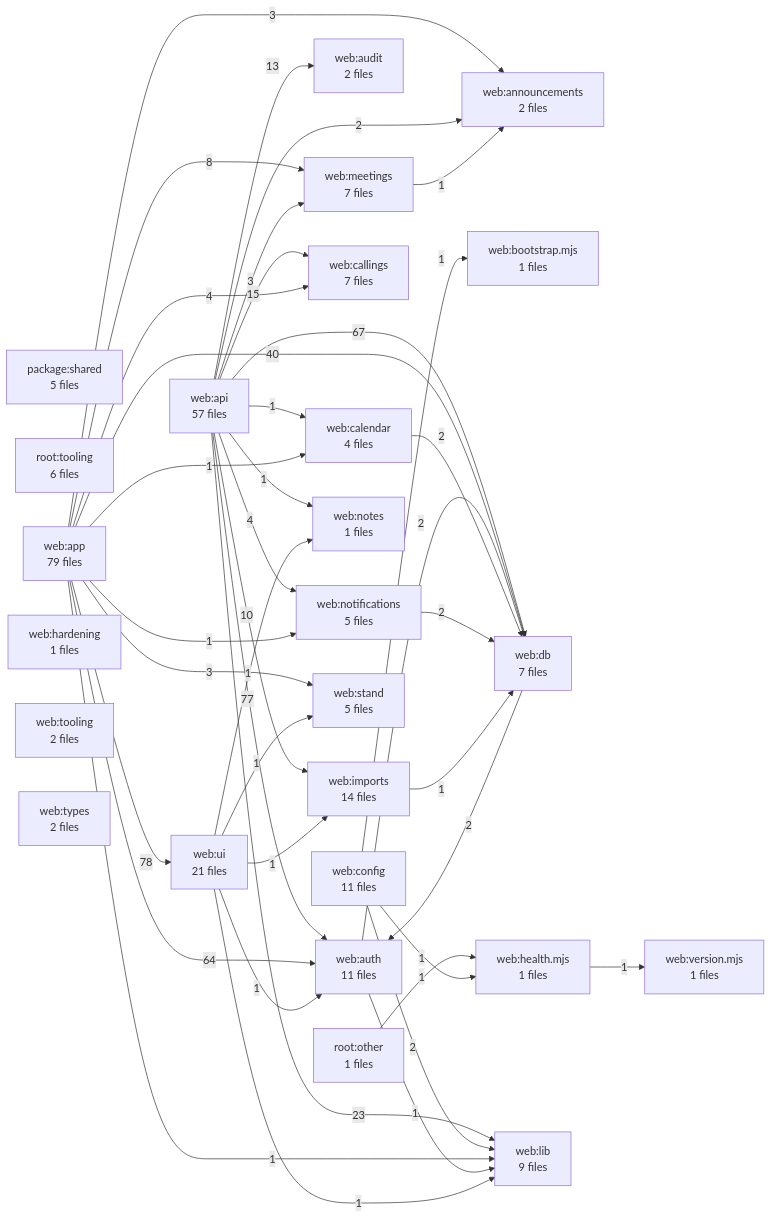
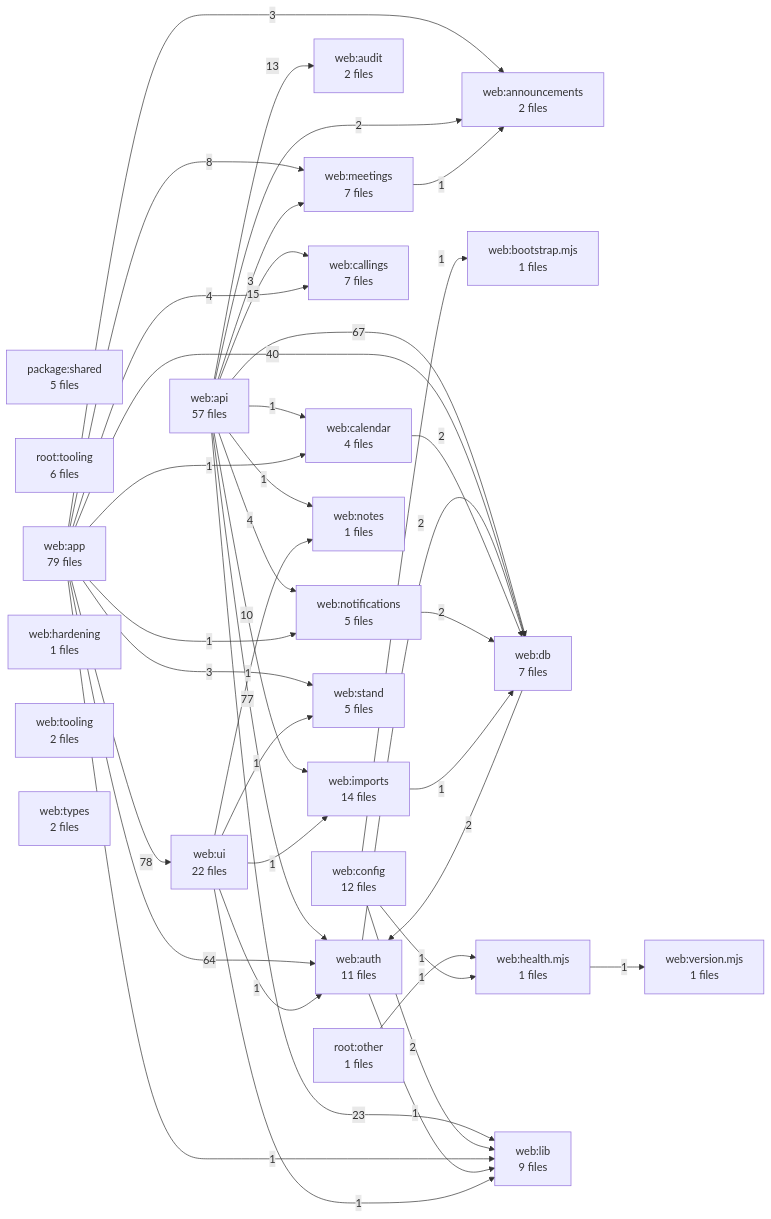
Before and after one commit to kalebhall/the-stand: the diagram in docs/DEPENDENCY_GRAPH.md, drawn with Mermaid. The commit also changed other lines of this file and 6 other files, not shown here.

````diff
--- a/docs/DEPENDENCY_GRAPH.md
+++ b/docs/DEPENDENCY_GRAPH.md
@@ -11,66 +11,66 @@
 ```mermaid
 flowchart LR
   A1["package:shared<br/>5 files"]
   A2["root:other<br/>1 files"]
   A3["root:tooling<br/>6 files"]
   A4["web:announcements<br/>2 files"]
   A5["web:api<br/>57 files"]
   A6["web:app<br/>79 files"]
   A7["web:audit<br/>2 files"]
   A8["web:auth<br/>11 files"]
   A9["web:bootstrap.mjs<br/>1 files"]
   A10["web:calendar<br/>4 files"]
   A11["web:callings<br/>7 files"]
-  A12["web:config<br/>11 files"]
+  A12["web:config<br/>12 files"]
   A13["web:db<br/>7 files"]
   A14["web:hardening<br/>1 files"]
   A15["web:health.mjs<br/>1 files"]
   A16["web:imports<br/>14 files"]
   A17["web:lib<br/>9 files"]
   A18["web:meetings<br/>7 files"]
   A19["web:notes<br/>1 files"]
   A20["web:notifications<br/>5 files"]
   A21["web:stand<br/>5 files"]
   A22["web:tooling<br/>2 files"]
   A23["web:types<br/>2 files"]
-  A24["web:ui<br/>21 files"]
+  A24["web:ui<br/>22 files"]
   A25["web:version.mjs<br/>1 files"]
   A6 -->|78| A24
   A5 -->|77| A8
   A5 -->|67| A13
   A6 -->|64| A8
   A6 -->|40| A13
   A5 -->|23| A17
   A5 -->|15| A11
   A5 -->|13| A7
   A5 -->|10| A16
   A6 -->|8| A18
   A5 -->|4| A20
   A6 -->|4| A11
   A5 -->|3| A18
   A6 -->|3| A4
   A6 -->|3| A21
   A5 -->|2| A4
   A8 -->|2| A13
   A10 -->|2| A13
   A12 -->|2| A17
   A13 -->|2| A8
   A20 -->|2| A13
   A2 -->|1| A15
   A5 -->|1| A10
   A5 -->|1| A19
   A6 -->|1| A10
   A6 -->|1| A17
   A6 -->|1| A20
   A8 -->|1| A17
   A12 -->|1| A9
   A12 -->|1| A15
   A15 -->|1| A25
   A16 -->|1| A13
   A18 -->|1| A4
   A24 -->|1| A8
   A24 -->|1| A16
   A24 -->|1| A17
   A24 -->|1| A19
   A24 -->|1| A21
 ```
````
